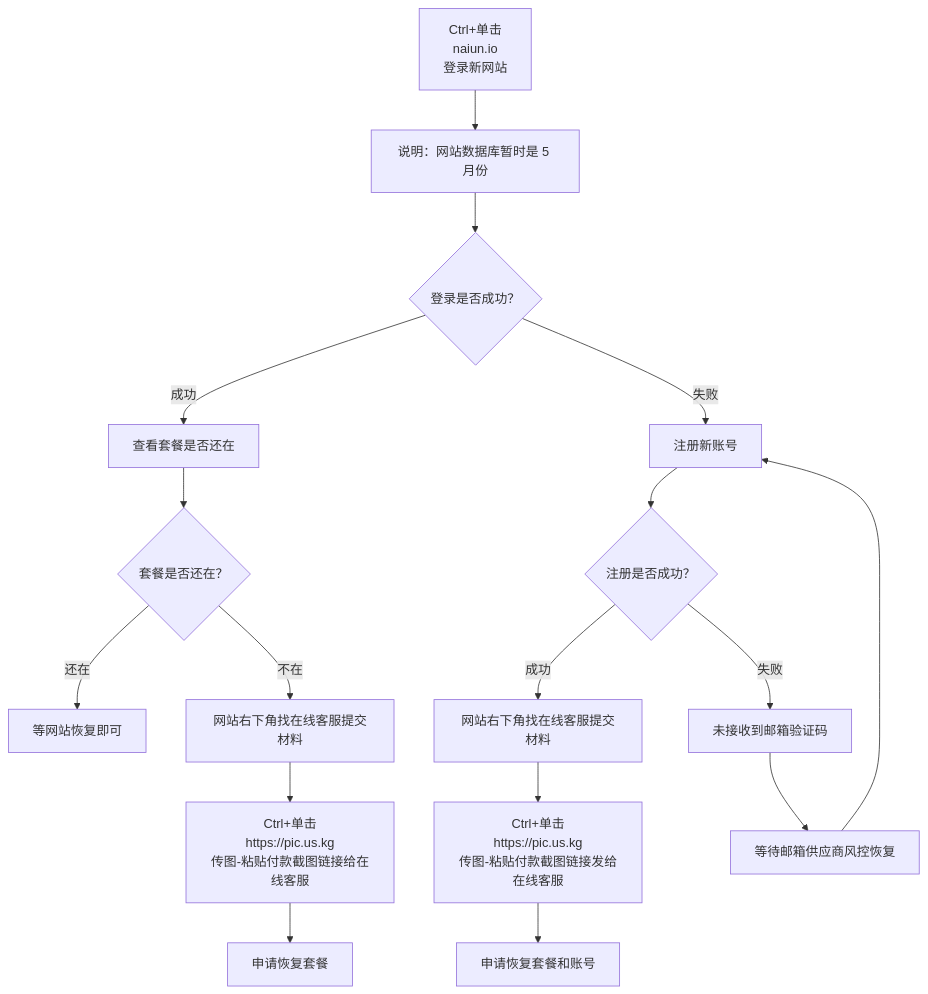
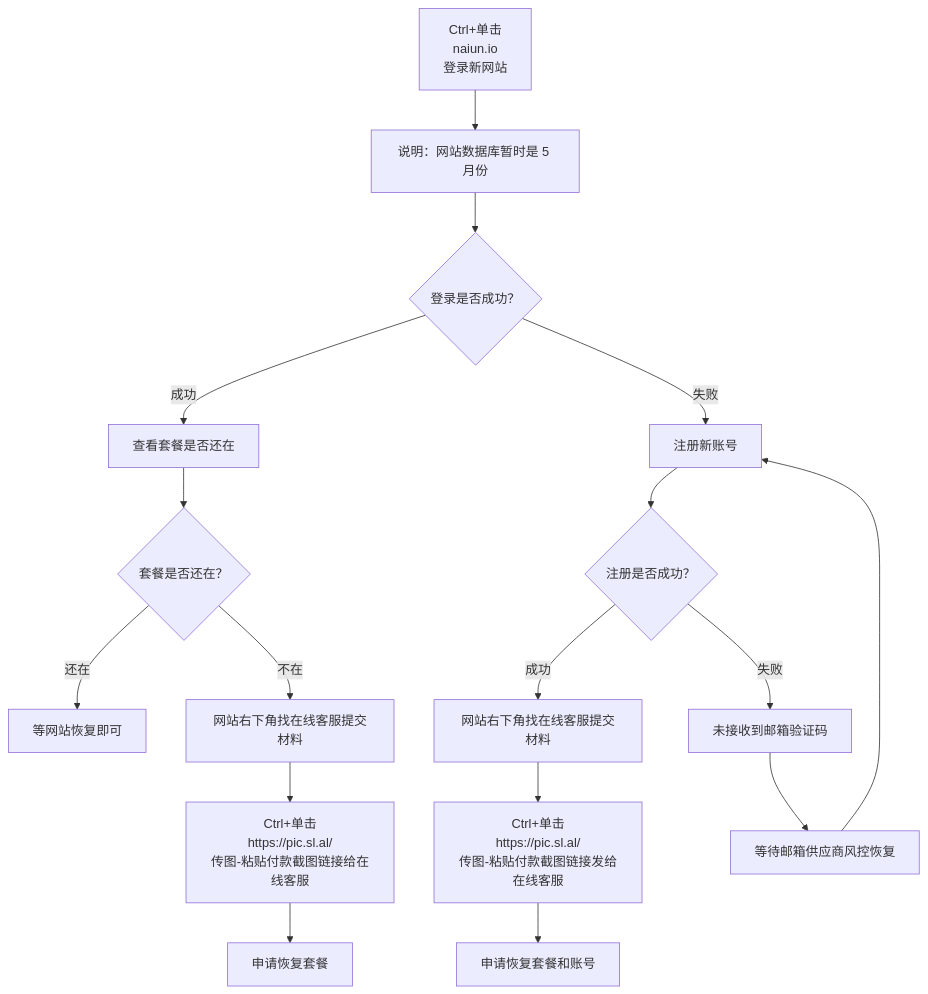
The diagram in README.md (jdnei/naiyun), drawn with Mermaid before and after one commit.

````diff
--- a/README.md
+++ b/README.md
@@ -181,29 +181,29 @@
 ```mermaid
 flowchart TD
     A["Ctrl+单击<br/>naiun.io<br/>登录新网站"]
     A --> C[说明：网站数据库暂时是 5 月份]
     C --> D{登录是否成功？}
 
     D -->|成功| E[查看套餐是否还在]
     E --> F{套餐是否还在？}
 
     F -->|还在| G[等网站恢复即可]
     F -->|不在| H[网站右下角找在线客服提交材料]
-    H --> I["Ctrl+单击<br/>https://pic.us.kg<br/>传图-粘贴付款截图链接给在线客服"]
+    H --> I["Ctrl+单击<br/>https://pic.sl.al/<br/>传图-粘贴付款截图链接给在线客服"]
     I --> J[申请恢复套餐]
 
     D -->|失败| K[注册新账号]
     K --> L{注册是否成功？}
 
     L -->|成功| M[网站右下角找在线客服提交材料]
-    M --> N["Ctrl+单击<br/>https://pic.us.kg<br/>传图-粘贴付款截图链接发给在线客服"]
+    M --> N["Ctrl+单击<br/>https://pic.sl.al/<br/>传图-粘贴付款截图链接发给在线客服"]
     N --> O[申请恢复套餐和账号]
 
     L -->|失败| P[未接收到邮箱验证码]
     P --> Q[等待邮箱供应商风控恢复]
     Q --> K
 
     click A "https://naiun.io/#/register?code=KacwlzHN" "打开 naiun.io" _blank
-    click I "https://pic.us.kg" "打开 pic.us.kg" _blank
-    click N "https://pic.us.kg" "打开 pic.us.kg" _blank
+    click I "https://pic.sl.al" "打开 pic.sl.al" _blank
+    click N "https://pic.sl.al" "打开 pic.sl.al" _blank
 ```
````
